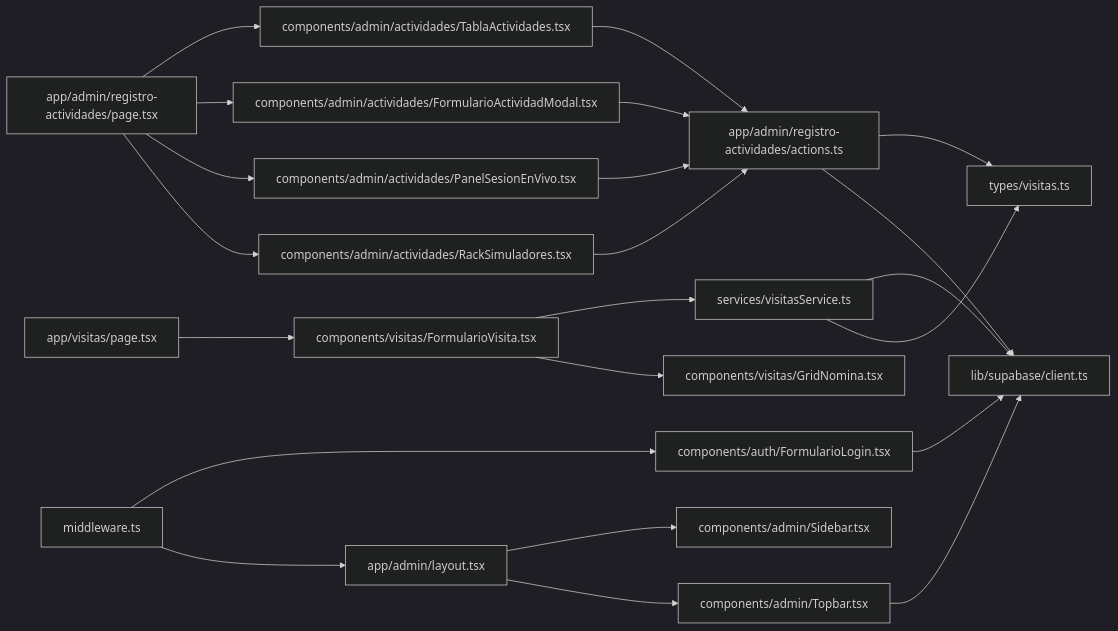
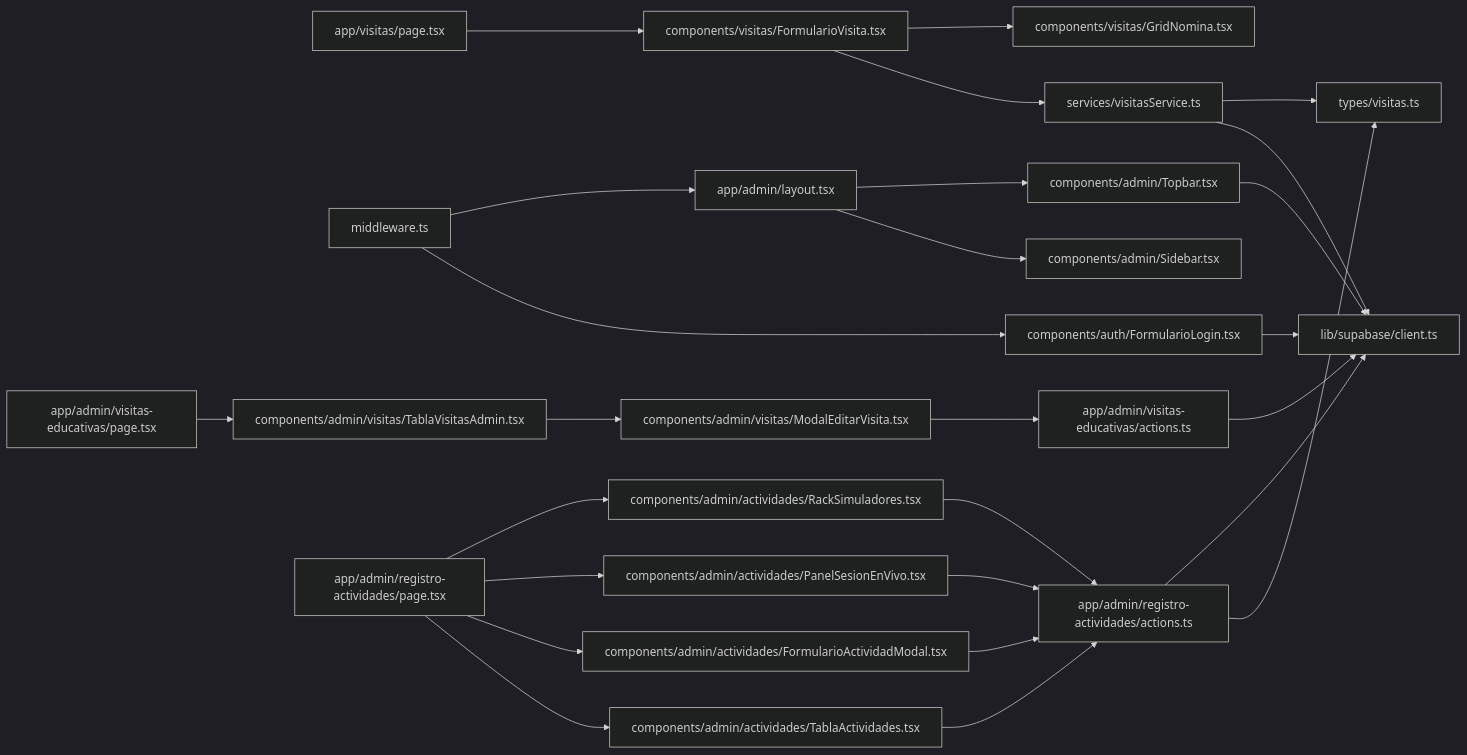
The ninth of 9 diagrams in .qoder/repowiki/en/content/Application Structure & Organization/Administrative Panel.md (AgusCatra/simu-twin-web), drawn with Mermaid (dark theme) before and after one commit. The commit also changed other lines of this file and 11 other files, not shown here.

````diff
--- a/.qoder/repowiki/en/content/Application Structure & Organization/Administrative Panel.md
+++ b/.qoder/repowiki/en/content/Application Structure & Organization/Administrative Panel.md
@@ -544,24 +667,28 @@
 ```mermaid
 graph LR
 Page["app/visitas/page.tsx"] --> Form["components/visitas/FormularioVisita.tsx"]
 Form --> Grid["components/visitas/GridNomina.tsx"]
 Form --> Service["services/visitasService.ts"]
 Service --> Types["types/visitas.ts"]
 Service --> Supabase["lib/supabase/client.ts"]
 AdminLayout["app/admin/layout.tsx"] --> Topbar["components/admin/Topbar.tsx"]
 AdminLayout --> Sidebar["components/admin/Sidebar.tsx"]
 Topbar --> Supabase
 LoginForm["components/auth/FormularioLogin.tsx"] --> Supabase
 Middleware["middleware.ts"] --> AdminLayout
 Middleware --> LoginForm
+VisitPage["app/admin/visitas-educativas/page.tsx"] --> VisitTable["components/admin/visitas/TablaVisitasAdmin.tsx"]
+VisitTable --> VisitModal["components/admin/visitas/ModalEditarVisita.tsx"]
+VisitModal --> VisitActions["app/admin/visitas-educativas/actions.ts"]
+VisitActions --> Supabase
 ActivityPage["app/admin/registro-actividades/page.tsx"] --> Rack["components/admin/actividades/RackSimuladores.tsx"]
 ActivityPage --> Panel["components/admin/actividades/PanelSesionEnVivo.tsx"]
 ActivityPage --> FormModal["components/admin/actividades/FormularioActividadModal.tsx"]
 ActivityPage --> Table["components/admin/actividades/TablaActividades.tsx"]
 Rack --> Actions["app/admin/registro-actividades/actions.ts"]
 Panel --> Actions
 FormModal --> Actions
 Table --> Actions
 Actions --> Supabase
 Actions --> Types
 ```
````
